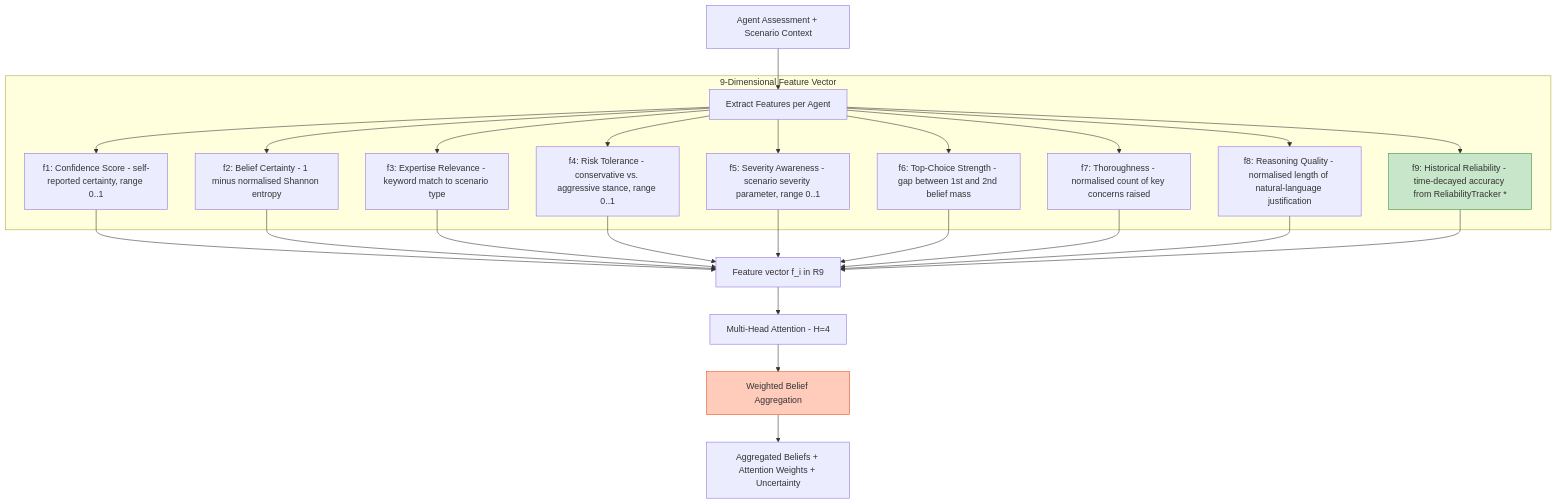
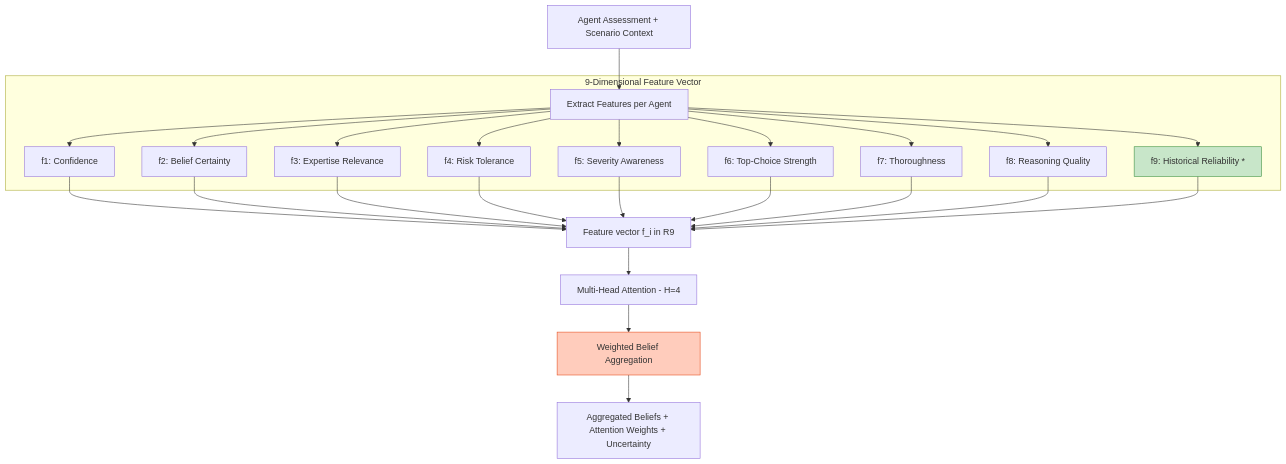
Before and after one commit to kerbgr/crisis_mas_poc: the third of 7 diagrams in academic_journal_draft_long version.md, drawn with Mermaid. The commit also changed other lines of this file and 2 other files, not shown here.

````diff
--- a/academic_journal_draft_long version.md
+++ b/academic_journal_draft_long version.md
@@ -311,24 +236,24 @@
 ```mermaid
 flowchart TB
     START[Agent Assessment + Scenario Context] --> EXTRACT[Extract Features per Agent]
 
     subgraph "9-Dimensional Feature Vector"
-        EXTRACT --> F1["f1: Confidence Score - self-reported certainty, range 0..1"]
-        EXTRACT --> F2["f2: Belief Certainty - 1 minus normalised Shannon entropy"]
-        EXTRACT --> F3["f3: Expertise Relevance - keyword match to scenario type"]
-        EXTRACT --> F4["f4: Risk Tolerance - conservative vs. aggressive stance, range 0..1"]
-        EXTRACT --> F5["f5: Severity Awareness - scenario severity parameter, range 0..1"]
-        EXTRACT --> F6["f6: Top-Choice Strength - gap between 1st and 2nd belief mass"]
-        EXTRACT --> F7["f7: Thoroughness - normalised count of key concerns raised"]
-        EXTRACT --> F8["f8: Reasoning Quality - normalised length of natural-language justification"]
-        EXTRACT --> F9["f9: Historical Reliability - time-decayed accuracy from ReliabilityTracker *"]
+        EXTRACT --> F1["f1: Confidence"]
+        EXTRACT --> F2["f2: Belief Certainty"]
+        EXTRACT --> F3["f3: Expertise Relevance"]
+        EXTRACT --> F4["f4: Risk Tolerance"]
+        EXTRACT --> F5["f5: Severity Awareness"]
+        EXTRACT --> F6["f6: Top-Choice Strength"]
+        EXTRACT --> F7["f7: Thoroughness"]
+        EXTRACT --> F8["f8: Reasoning Quality"]
+        EXTRACT --> F9["f9: Historical Reliability *"]
     end
 
     F1 & F2 & F3 & F4 & F5 & F6 & F7 & F8 & F9 --> VECTOR["Feature vector f_i in R9"]
     VECTOR --> ATTENTION[Multi-Head Attention - H=4]
     ATTENTION --> AGGREGATE[Weighted Belief Aggregation]
     AGGREGATE --> OUTPUT[Aggregated Beliefs + Attention Weights + Uncertainty]
 
     style F9 fill:#c8e6c9,stroke:#388e3c
     style AGGREGATE fill:#ffccbc,stroke:#e64a19
 ```
````
